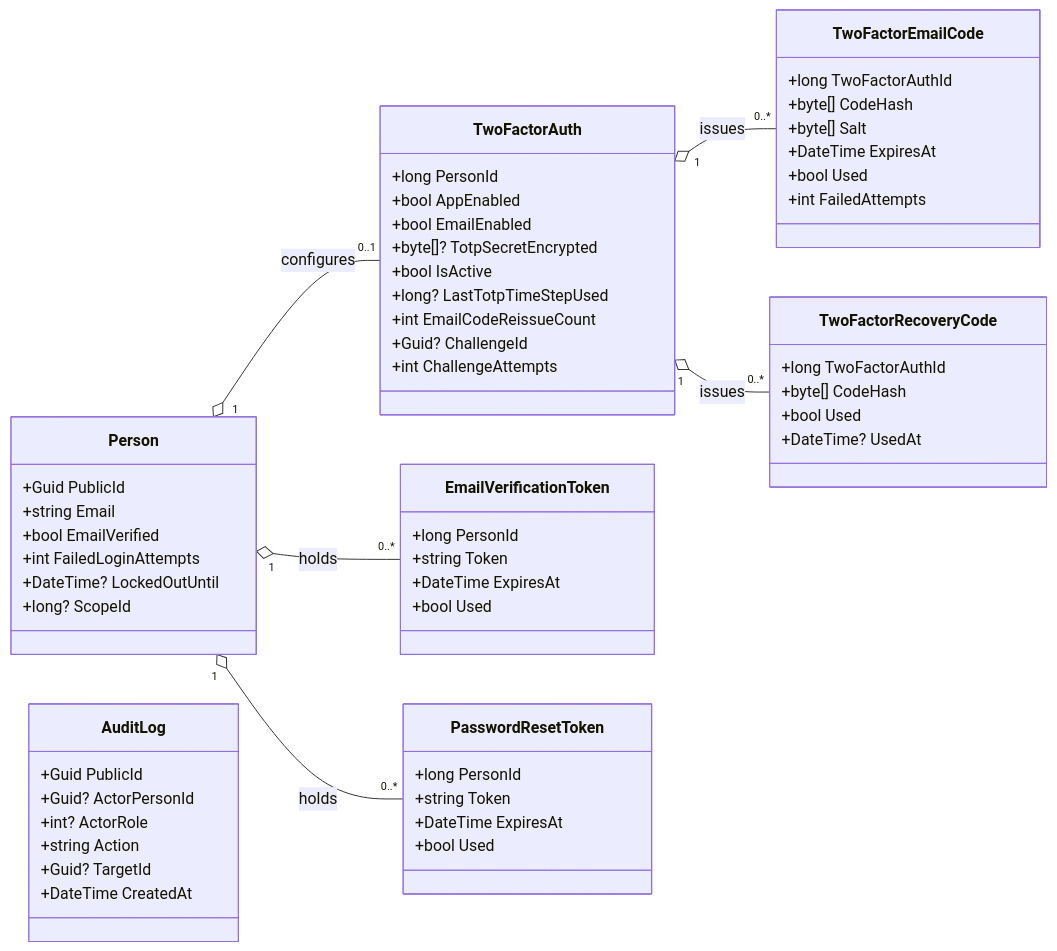
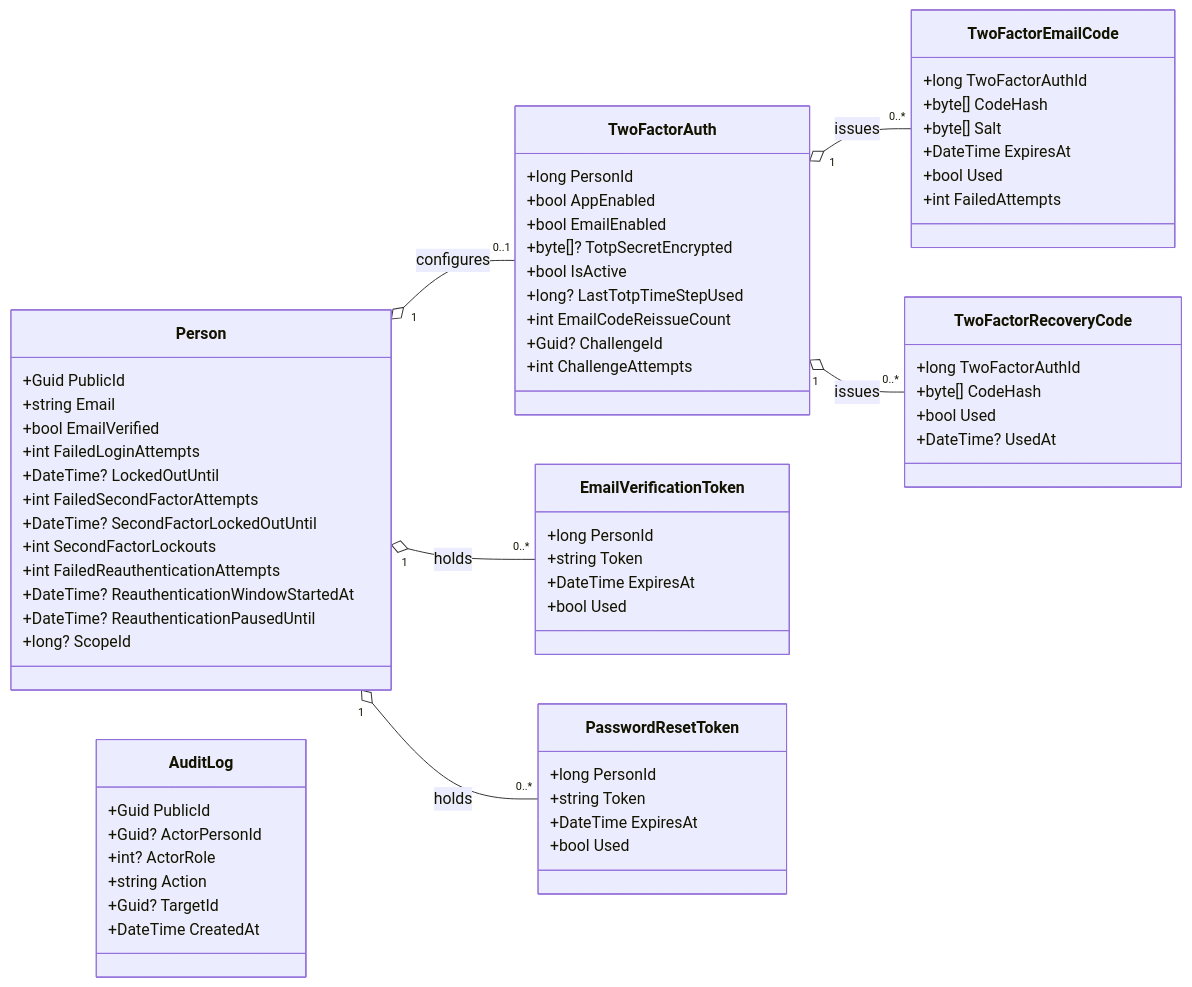
The second of 4 diagrams in docs/content/en/docs/domain-model.md (artur-rios/heimdall-api), drawn with Mermaid before and after one commit. The commit also changed 4 other files, not shown here.

````diff
--- a/docs/content/en/docs/domain-model.md
+++ b/docs/content/en/docs/domain-model.md
@@ -93,64 +93,70 @@
 ```mermaid
 classDiagram
     direction LR
 
     class Person {
         +Guid PublicId
         +string Email
         +bool EmailVerified
         +int FailedLoginAttempts
         +DateTime? LockedOutUntil
+        +int FailedSecondFactorAttempts
+        +DateTime? SecondFactorLockedOutUntil
+        +int SecondFactorLockouts
+        +int FailedReauthenticationAttempts
+        +DateTime? ReauthenticationWindowStartedAt
+        +DateTime? ReauthenticationPausedUntil
         +long? ScopeId
     }
     class TwoFactorAuth {
         +long PersonId
         +bool AppEnabled
         +bool EmailEnabled
         +byte[]? TotpSecretEncrypted
         +bool IsActive
         +long? LastTotpTimeStepUsed
         +int EmailCodeReissueCount
         +Guid? ChallengeId
         +int ChallengeAttempts
     }
     class TwoFactorEmailCode {
         +long TwoFactorAuthId
         +byte[] CodeHash
         +byte[] Salt
         +DateTime ExpiresAt
         +bool Used
         +int FailedAttempts
     }
     class TwoFactorRecoveryCode {
         +long TwoFactorAuthId
         +byte[] CodeHash
         +bool Used
         +DateTime? UsedAt
     }
     class EmailVerificationToken {
         +long PersonId
         +string Token
         +DateTime ExpiresAt
         +bool Used
     }
     class PasswordResetToken {
         +long PersonId
         +string Token
         +DateTime ExpiresAt
         +bool Used
     }
     class AuditLog {
         +Guid PublicId
         +Guid? ActorPersonId
         +int? ActorRole
         +string Action
         +Guid? TargetId
         +DateTime CreatedAt
     }
 
     Person "1" o-- "0..1" TwoFactorAuth : configures
     TwoFactorAuth "1" o-- "0..*" TwoFactorEmailCode : issues
     TwoFactorAuth "1" o-- "0..*" TwoFactorRecoveryCode : issues
     Person "1" o-- "0..*" EmailVerificationToken : holds
     Person "1" o-- "0..*" PasswordResetToken : holds
 ```
````
